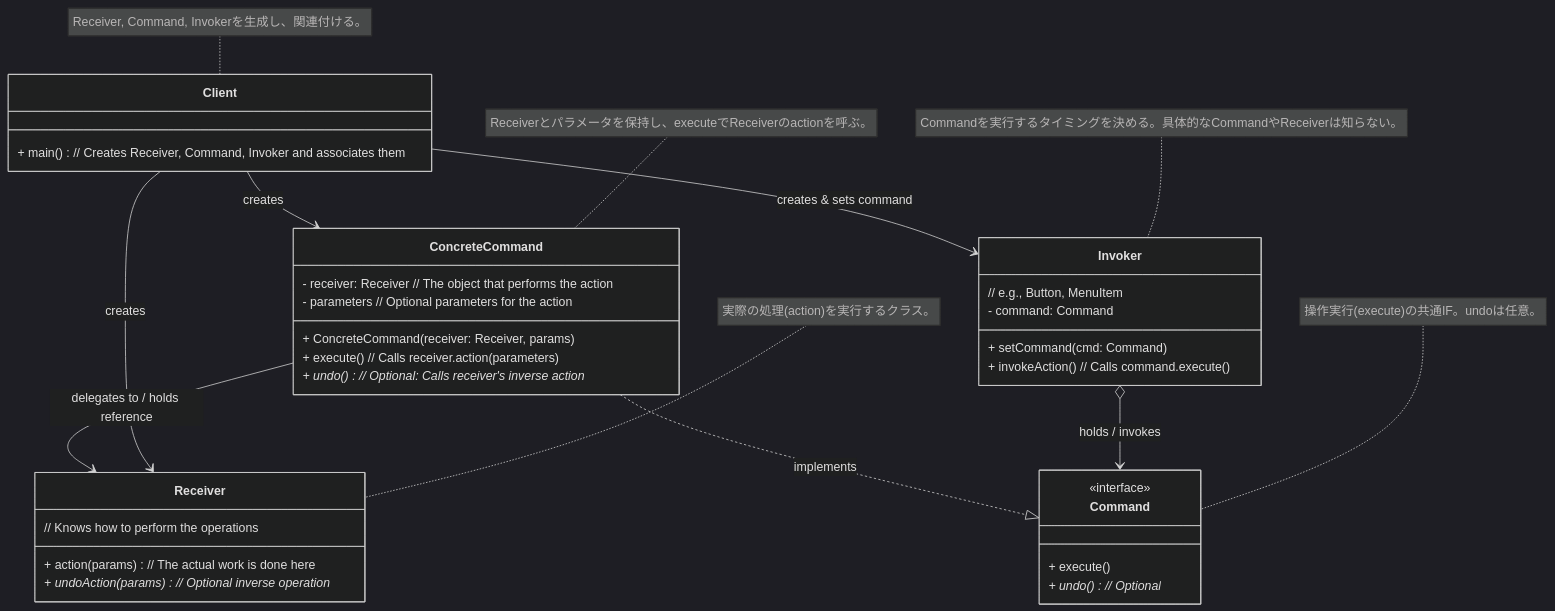
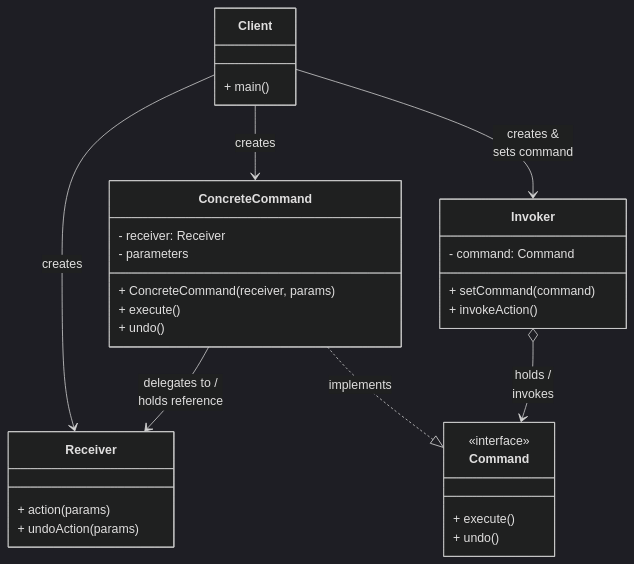
One commit to IkuseTohki/EducationalMaterials changed the diagram in ソフトウェア開発/デザインパターン/デザインパターン詳細解説：Commandパターン.md. Above: the diagram before and after it, drawn with Mermaid (dark theme). The commit also changed other lines of this file and 1 other file, not shown here.

````diff
--- a/ソフトウェア開発/デザインパターン/デザインパターン詳細解説：Commandパターン.md
+++ b/ソフトウェア開発/デザインパターン/デザインパターン詳細解説：Commandパターン.md
@@ -141,40 +142,50 @@
 ```mermaid
 classDiagram
+    %% Receiver, Command, Invokerを生成し、関連付ける。
     class Client {
-        + main() // Creates Receiver, Command, Invoker and associates them
+        %% Creates Receiver, Command, Invoker and associates them
+        + main()
     }
-    class Invoker { // e.g., Button, MenuItem
+    %% Commandを実行するタイミングを決める。具体的なCommandやReceiverは知らない。
+    %% e.g. Button, MenuItem
+    class Invoker {
         - command: Command
-        + setCommand(cmd: Command)
-        + invokeAction() // Calls command.execute()
+        + setCommand(command)
+        %% Calls command.execute()
+        + invokeAction()
     }
+    %% 操作実行(execute)の共通IF。undoは任意。
     class Command {
         <<interface>>
         + execute()
-        + undo()* // Optional
+        %% Optional
+        + undo()
     }
+    %% Receiverとパラメータを保持し、executeでReceiverのactionを呼ぶ。
     class ConcreteCommand {
-        - receiver: Receiver // The object that performs the action
-        - parameters // Optional parameters for the action
-        + ConcreteCommand(receiver: Receiver, params)
-        + execute() // Calls receiver.action(parameters)
-        + undo()* // Optional: Calls receiver's inverse action
+        %% The object that performs the action
+        - receiver: Receiver
+        %% Optional parameters for the action
+        - parameters
+        + ConcreteCommand(receiver, params)
+        %% Calls receiver.action(parameters)
+        + execute()
+        %% Optional: Calls receiver's inverse action
+        + undo()
     }
-    class Receiver { // Knows how to perform the operations
-        + action(params) // The actual work is done here
-        + undoAction(params)* // Optional inverse operation
+    %% 実際の処理(action)を実行するクラス。
+    %% Knows how to perform the operations
+    class Receiver {
+        %% The actual work is done here
+        + action(params)
+        %% Optional inverse operation
+        + undoAction(params)
     }
 
     Client --> Receiver : creates
     Client --> ConcreteCommand : creates
-    Client --> Invoker : creates & sets command
-    Invoker o--> Command : holds / invokes
+    Client --> Invoker : creates &<br> sets command
+    Invoker o--> Command : holds / <br>invokes
+    ConcreteCommand --> Receiver : delegates to /<br> holds reference
     ConcreteCommand ..|> Command : implements
-    ConcreteCommand --> Receiver : delegates to / holds reference
-
-    note for Command "操作実行(execute)の共通IF。undoは任意。"
-    note for ConcreteCommand "Receiverとパラメータを保持し、executeでReceiverのactionを呼ぶ。"
-    note for Receiver "実際の処理(action)を実行するクラス。"
-    note for Invoker "Commandを実行するタイミングを決める。具体的なCommandやReceiverは知らない。"
-    note for Client "Receiver, Command, Invokerを生成し、関連付ける。"
 ```
````
